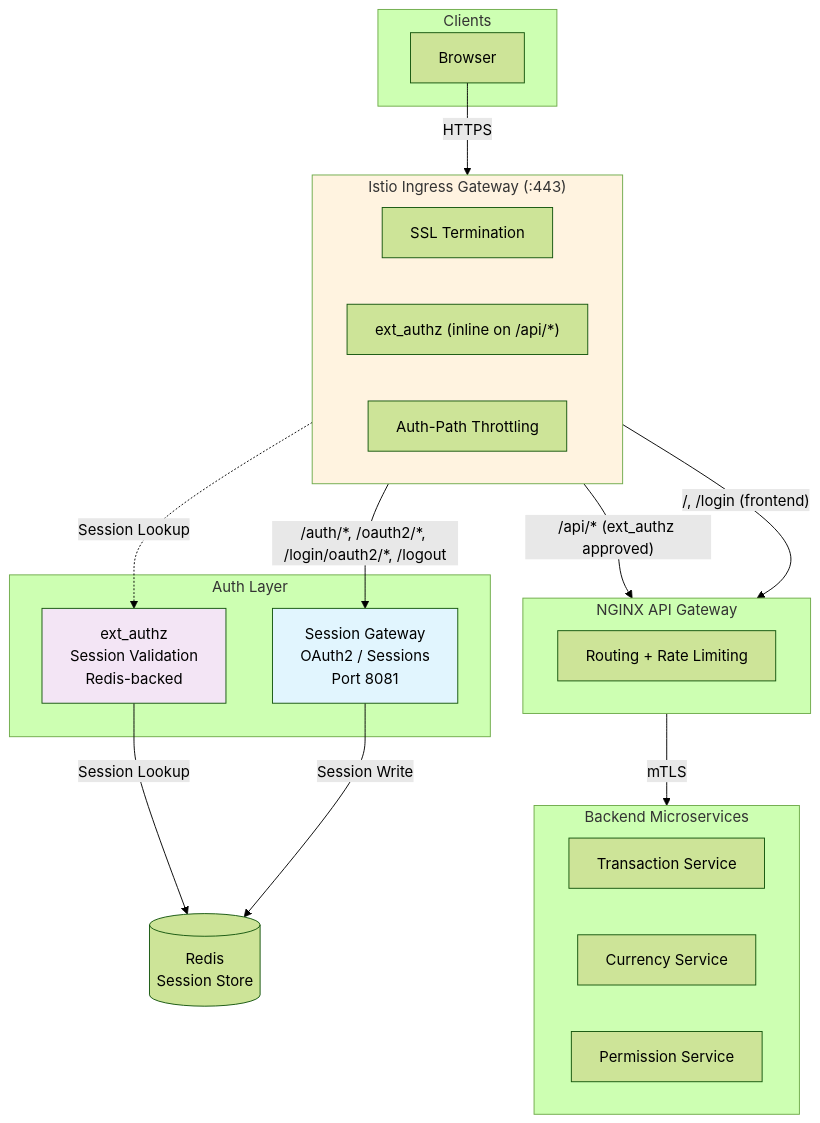
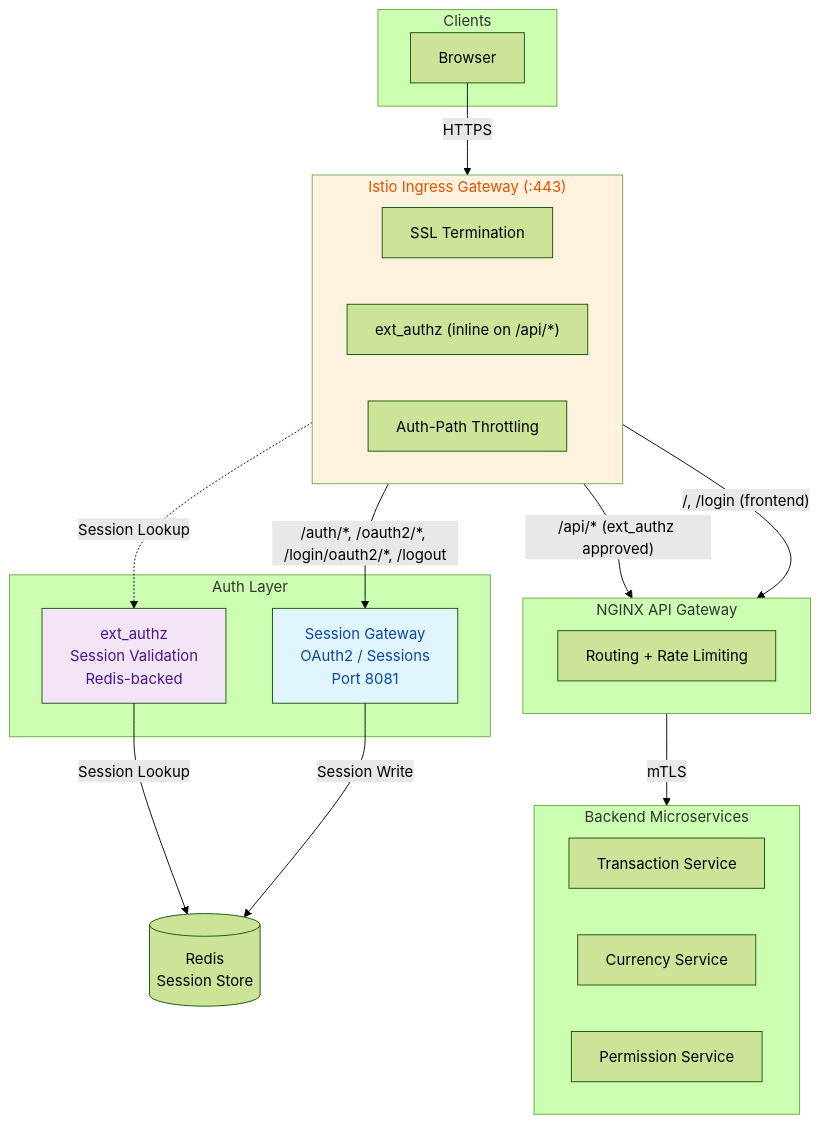
The diagram in profile/README.md (budgetanalyzer/.github), drawn with Mermaid (forest theme) before and after one commit.

Commit message:
Modify color styles in README diagram
Updated color styles for SG, EA, and Ingress in the diagram.

````diff
--- a/profile/README.md
+++ b/profile/README.md
@@ -60,44 +60,44 @@
 ```mermaid
 flowchart TB
     subgraph Clients
         Browser[Browser]
     end
 
     subgraph Ingress["Istio Ingress Gateway (:443)"]
         direction LR
         SSL[SSL Termination]
         EXT["ext_authz (inline on /api/*)"]
         THROTTLE[Auth-Path Throttling]
     end
 
     subgraph Auth["Auth Layer"]
         SG[Session Gateway<br/>OAuth2 / Sessions<br/>Port 8081]
         EA[ext_authz<br/>Session Validation<br/>Redis-backed]
     end
 
     subgraph Routing["NGINX API Gateway"]
         direction LR
         ROUTE[Routing + Rate Limiting]
     end
 
     subgraph Services["Backend Microservices"]
         TS[Transaction Service]
         CS[Currency Service]
         PS[Permission Service]
     end
 
     Redis[(Redis<br/>Session Store)]
 
     Browser -->|HTTPS| Ingress
     Ingress -->|"/auth/*, /oauth2/*, /login/oauth2/*, /logout"| SG
     Ingress -->|"/api/* (ext_authz approved)"| Routing
     Ingress -->|"/, /login (frontend)"| Routing
     EXT -.->|Session Lookup| EA
     EA -->|Session Lookup| Redis
     SG -->|Session Write| Redis
     Routing -->|mTLS| Services
 
-    style SG fill:#e1f5fe
-    style EA fill:#f3e5f5
-    style Ingress fill:#fff3e0
+    style SG fill:#e1f5fe,color:#0d47a1
+    style EA fill:#f3e5f5,color:#4a148c
+    style Ingress fill:#fff3e0,color:#e65100
 ```
````
